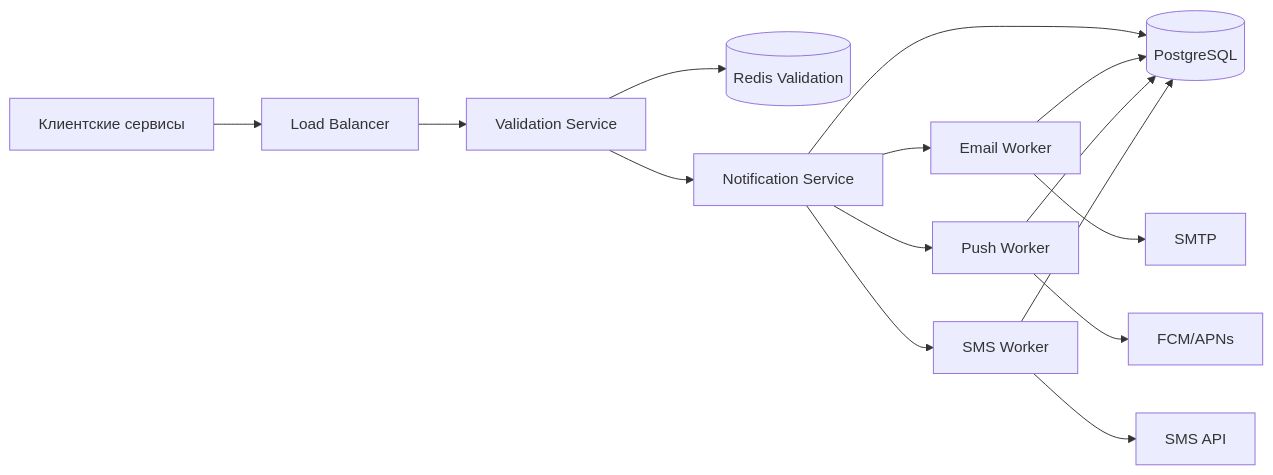
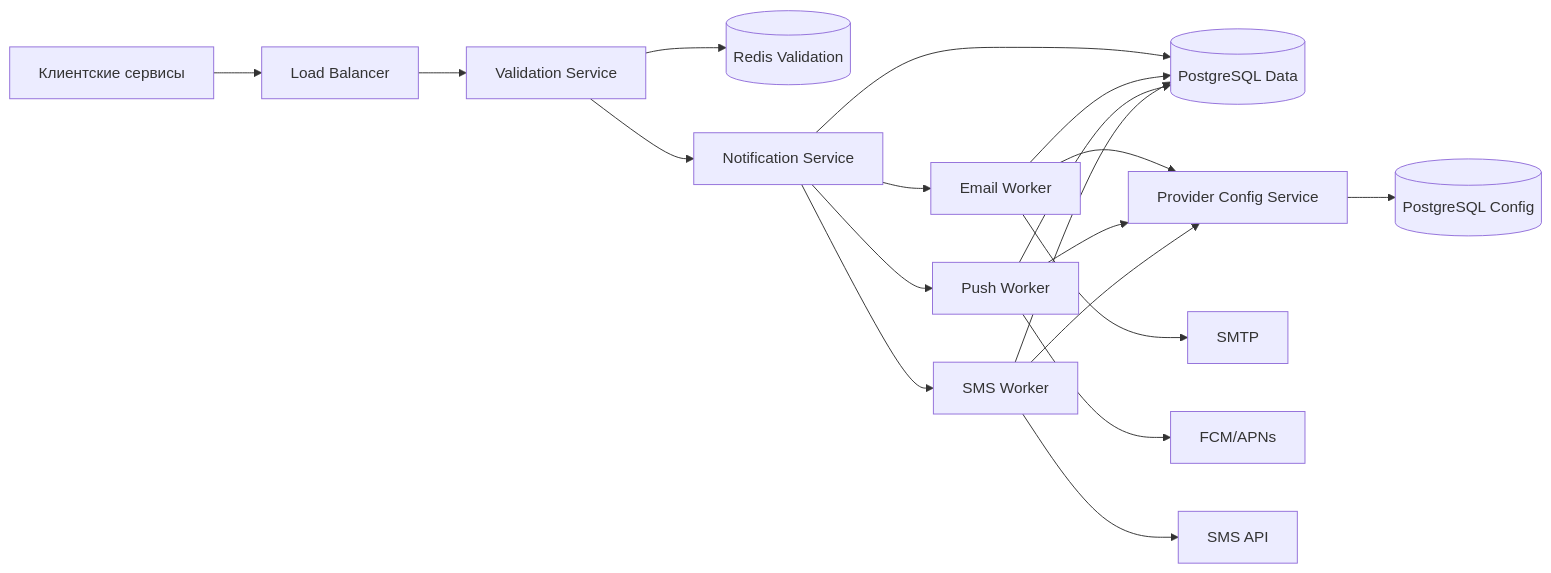
One commit to DanilPomortsev/Notification-service changed the first of 6 diagrams in README.md. Above: the diagram before and after it, drawn with Mermaid. The commit also changed other lines of this file, not shown here.

````diff
--- a/README.md
+++ b/README.md
@@ -71,15 +103,17 @@
 ```mermaid
 flowchart LR
     C[Клиентские сервисы] --> LB[Load Balancer]
     LB --> VAL[Validation Service]
     VAL --> REDIS[(Redis Validation)]
     VAL --> NS[Notification Service]
-    NS --> PG[(PostgreSQL)]
+    NS --> PG[(PostgreSQL Data)]
     NS --> W_EMAIL[Email Worker]
     NS --> W_PUSH[Push Worker]
     NS --> W_SMS[SMS Worker]
+    W_EMAIL & W_PUSH & W_SMS --> PCS[Provider Config Service]
+    PCS --> PG_CFG[(PostgreSQL Config)]
     W_EMAIL --> P1[SMTP]
     W_PUSH --> P2[FCM/APNs]
     W_SMS --> P3[SMS API]
     W_EMAIL & W_PUSH & W_SMS --> PG
 ```
````
